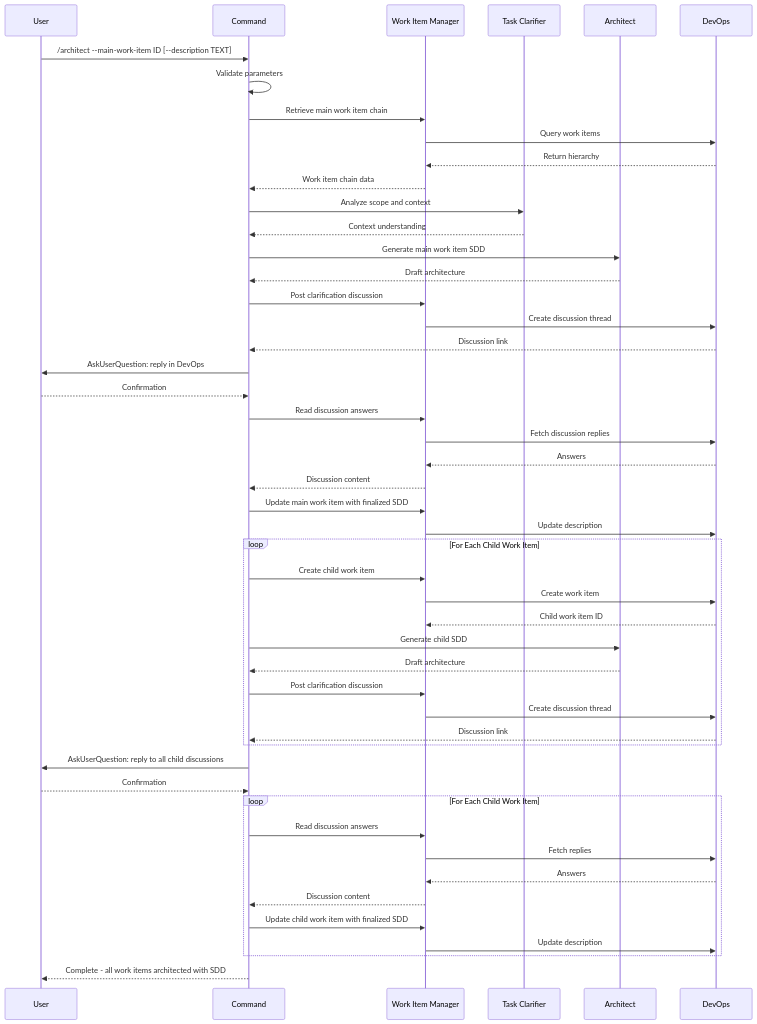
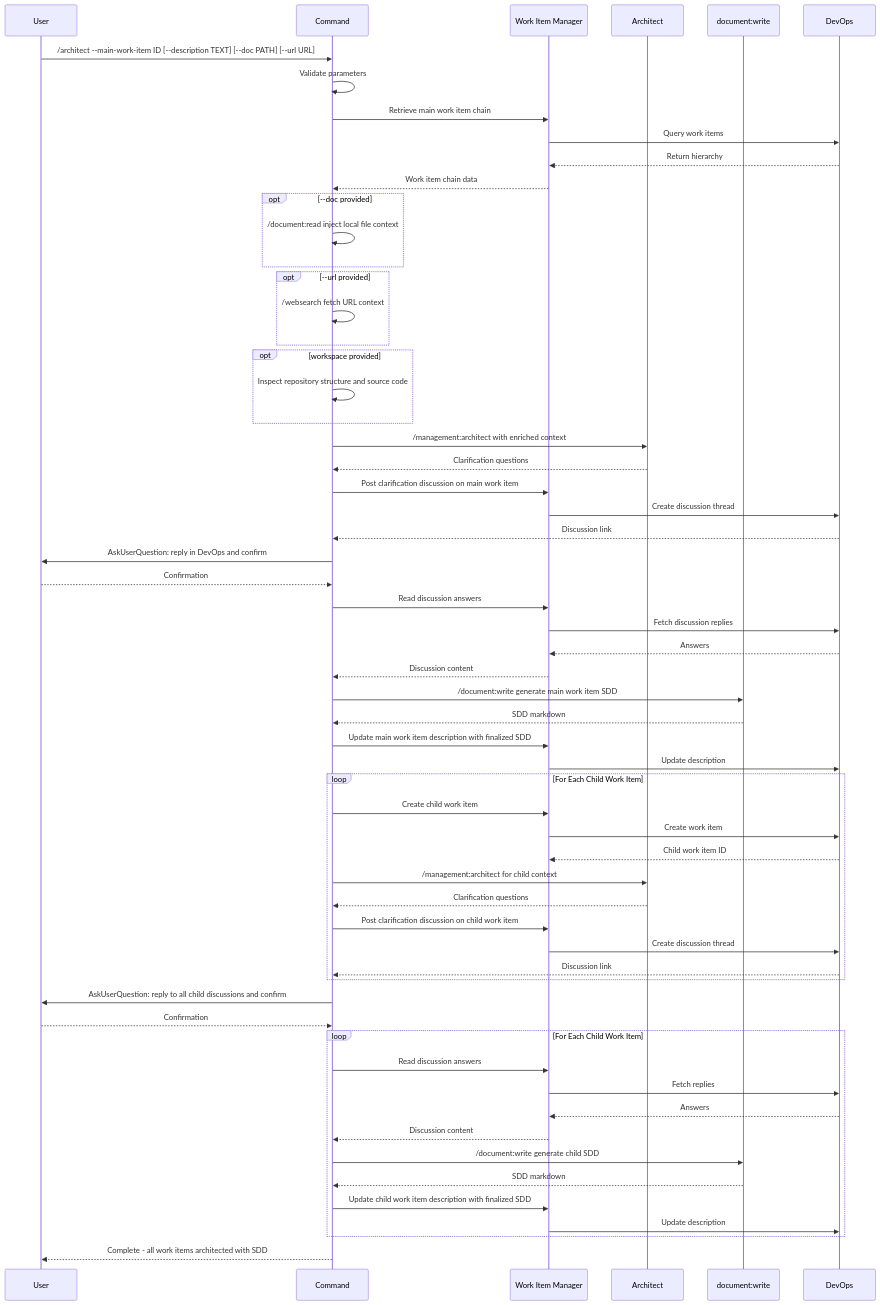
Before and after one commit to zzaia/zzaia-agentic-workspace: the diagram in .claude/commands/workflows/architect.md, drawn with Mermaid. The commit also changed other lines of this file, not shown here.

Commit message:
Improving the architect command;

````diff
--- a/.claude/commands/workflows/architect.md
+++ b/.claude/commands/workflows/architect.md
@@ -67,52 +74,63 @@
 ```mermaid
 sequenceDiagram
     participant U as User
     participant C as Command
     participant WM as Work Item Manager
-    participant TC as Task Clarifier
     participant AR as Architect
+    participant DW as document:write
     participant D as DevOps
 
-    U->>C: /architect --main-work-item ID [--description TEXT]
+    U->>C: /architect --main-work-item ID [--description TEXT] [--doc PATH] [--url URL]
     C->>C: Validate parameters
     C->>WM: Retrieve main work item chain
     WM->>D: Query work items
     D-->>WM: Return hierarchy
     WM-->>C: Work item chain data
-    C->>TC: Analyze scope and context
-    TC-->>C: Context understanding
-    C->>AR: Generate main work item SDD
-    AR-->>C: Draft architecture
-    C->>WM: Post clarification discussion
+    opt --doc provided
+        C->>C: /document:read inject local file context
+    end
+    opt --url provided
+        C->>C: /websearch fetch URL context
+    end
+    opt workspace provided
+        C->>C: Inspect repository structure and source code
+    end
+    C->>AR: /management:architect with enriched context
+    AR-->>C: Clarification questions
+    C->>WM: Post clarification discussion on main work item
     WM->>D: Create discussion thread
     D-->>C: Discussion link
-    C->>U: AskUserQuestion: reply in DevOps
+    C->>U: AskUserQuestion: reply in DevOps and confirm
     U-->>C: Confirmation
     C->>WM: Read discussion answers
     WM->>D: Fetch discussion replies
     D-->>WM: Answers
     WM-->>C: Discussion content
-    C->>WM: Update main work item with finalized SDD
+    C->>DW: /document:write generate main work item SDD
+    DW-->>C: SDD markdown
+    C->>WM: Update main work item description with finalized SDD
     WM->>D: Update description
     loop For Each Child Work Item
         C->>WM: Create child work item
         WM->>D: Create work item
         D-->>WM: Child work item ID
-        C->>AR: Generate child SDD
-        AR-->>C: Draft architecture
-        C->>WM: Post clarification discussion
+        C->>AR: /management:architect for child context
+        AR-->>C: Clarification questions
+        C->>WM: Post clarification discussion on child work item
         WM->>D: Create discussion thread
         D-->>C: Discussion link
     end
-    C->>U: AskUserQuestion: reply to all child discussions
+    C->>U: AskUserQuestion: reply to all child discussions and confirm
     U-->>C: Confirmation
     loop For Each Child Work Item
         C->>WM: Read discussion answers
         WM->>D: Fetch replies
         D-->>WM: Answers
         WM-->>C: Discussion content
-        C->>WM: Update child work item with finalized SDD
+        C->>DW: /document:write generate child SDD
+        DW-->>C: SDD markdown
+        C->>WM: Update child work item description with finalized SDD
         WM->>D: Update description
     end
     C-->>U: Complete - all work items architected with SDD
 ```
````
